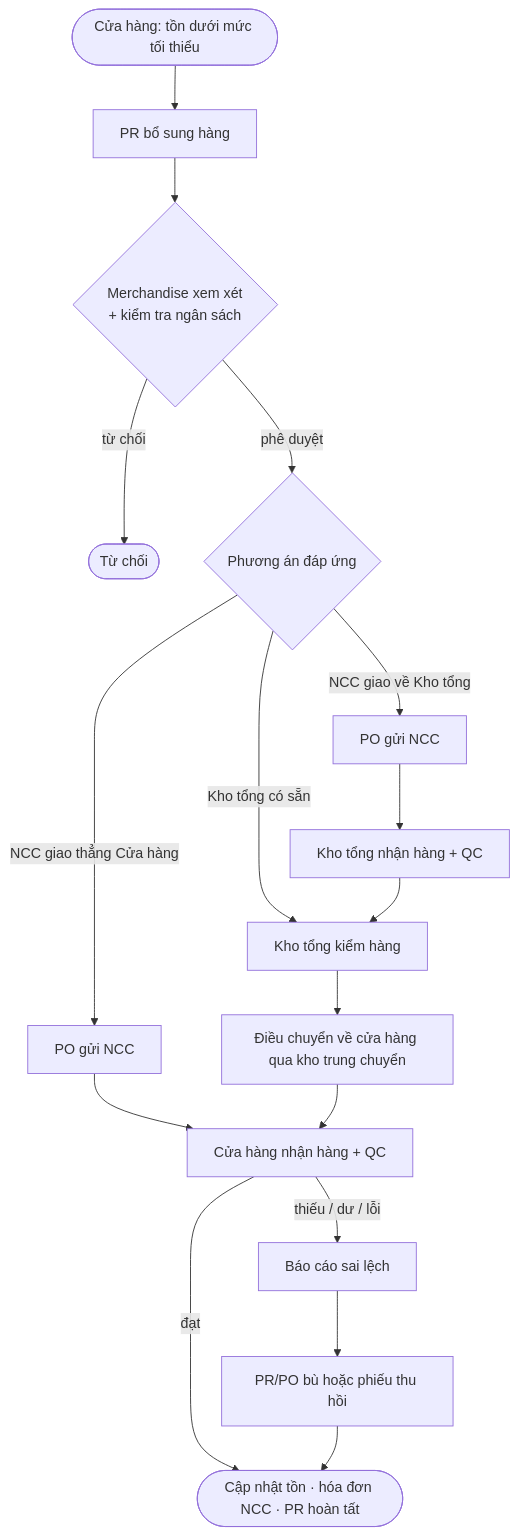
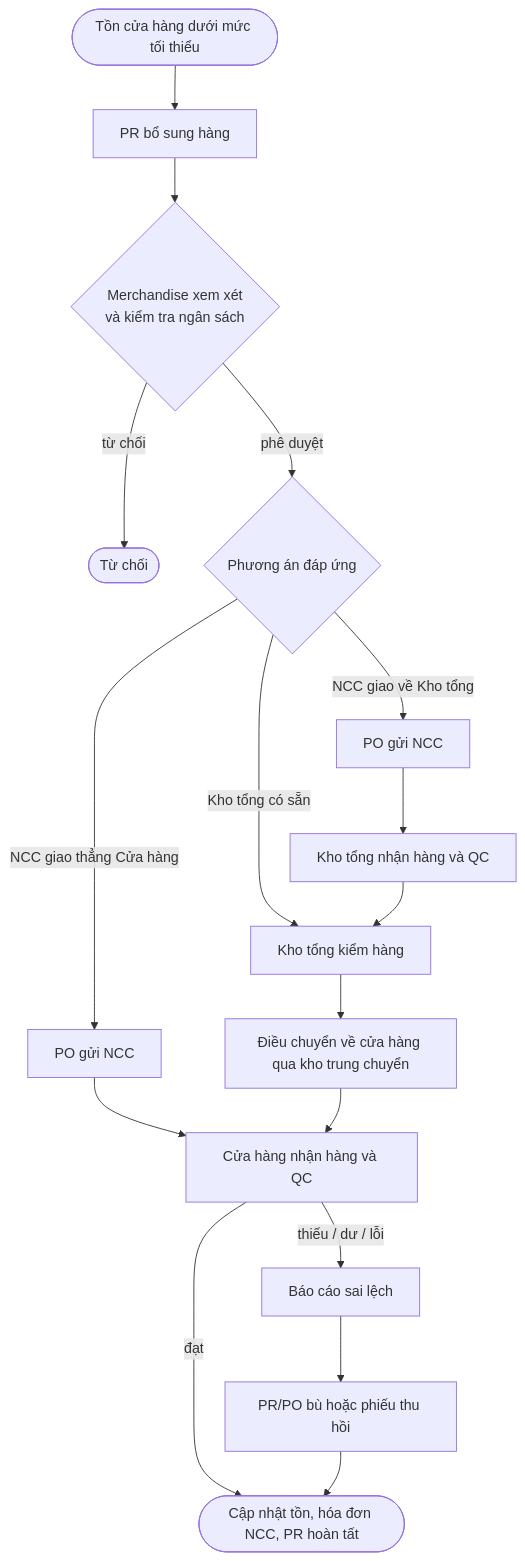
Before and after one commit to HoangPhucTony/Mis_Purchasing_OdooProject: the second of 2 diagrams in README.vi.md, drawn with Mermaid. The commit also changed other lines of this file and 4 other files, not shown here.

````diff
--- a/README.vi.md
+++ b/README.vi.md
@@ -135,19 +133,19 @@
 ```mermaid
 flowchart TD
-    A([Cửa hàng: tồn dưới mức tối thiểu]) --> B[PR bổ sung hàng]
-    B --> C{Merchandise xem xét<br/>+ kiểm tra ngân sách}
+    A([Tồn cửa hàng dưới mức tối thiểu]) --> B[PR bổ sung hàng]
+    B --> C{Merchandise xem xét<br/>và kiểm tra ngân sách}
     C -- từ chối --> X([Từ chối])
     C -- phê duyệt --> D{Phương án đáp ứng}
     D -- Kho tổng có sẵn --> E[Kho tổng kiểm hàng]
     D -- NCC giao về Kho tổng --> F[PO gửi NCC]
     D -- NCC giao thẳng Cửa hàng --> G[PO gửi NCC]
-    F --> H[Kho tổng nhận hàng + QC]
+    F --> H[Kho tổng nhận hàng và QC]
     H --> E
     E --> I[Điều chuyển về cửa hàng qua kho trung chuyển]
-    G --> J[Cửa hàng nhận hàng + QC]
+    G --> J[Cửa hàng nhận hàng và QC]
     I --> J
-    J -- đạt --> K([Cập nhật tồn · hóa đơn NCC · PR hoàn tất])
+    J -- đạt --> K([Cập nhật tồn, hóa đơn NCC, PR hoàn tất])
     J -- thiếu / dư / lỗi --> L[Báo cáo sai lệch]
     L --> M[PR/PO bù hoặc phiếu thu hồi]
     M --> K
 ```
````
